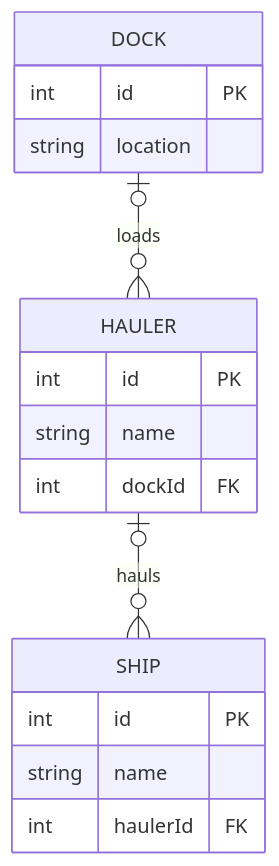
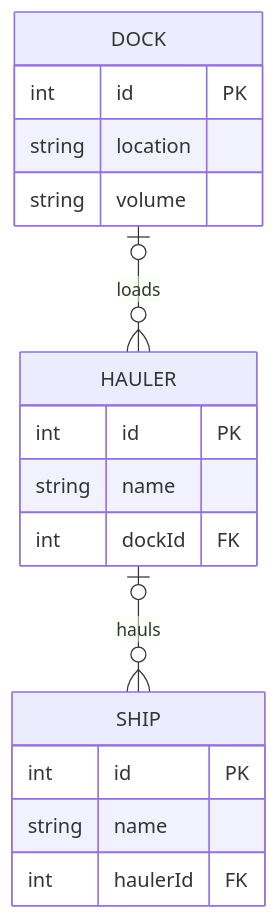
One commit to cmdrumright/shipping-ship-ships changed the third of 3 diagrams in README.md. Above: the diagram before and after it, drawn with Mermaid. The commit also changed 5 other files, not shown here.

````diff
--- a/README.md
+++ b/README.md
@@ -67,19 +67,20 @@
 ```mermaid
 erDiagram
     DOCK |o--o{ HAULER : loads
     HAULER |o--o{ SHIP : hauls 
     SHIP {
         int id PK
         string name
         int haulerId FK
     }
     HAULER {
         int id PK
         string name 
         int dockId FK
     }
     DOCK {
         int id PK
         string location
+        string volume
     }
 ```
````
